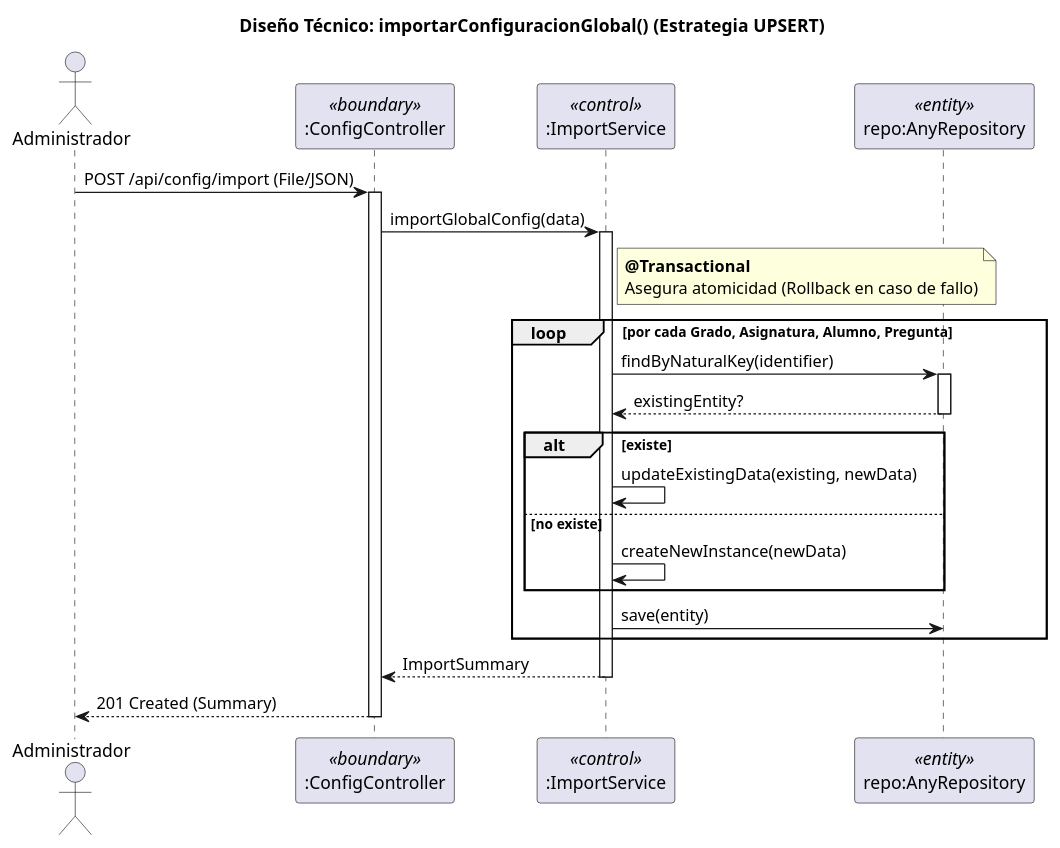
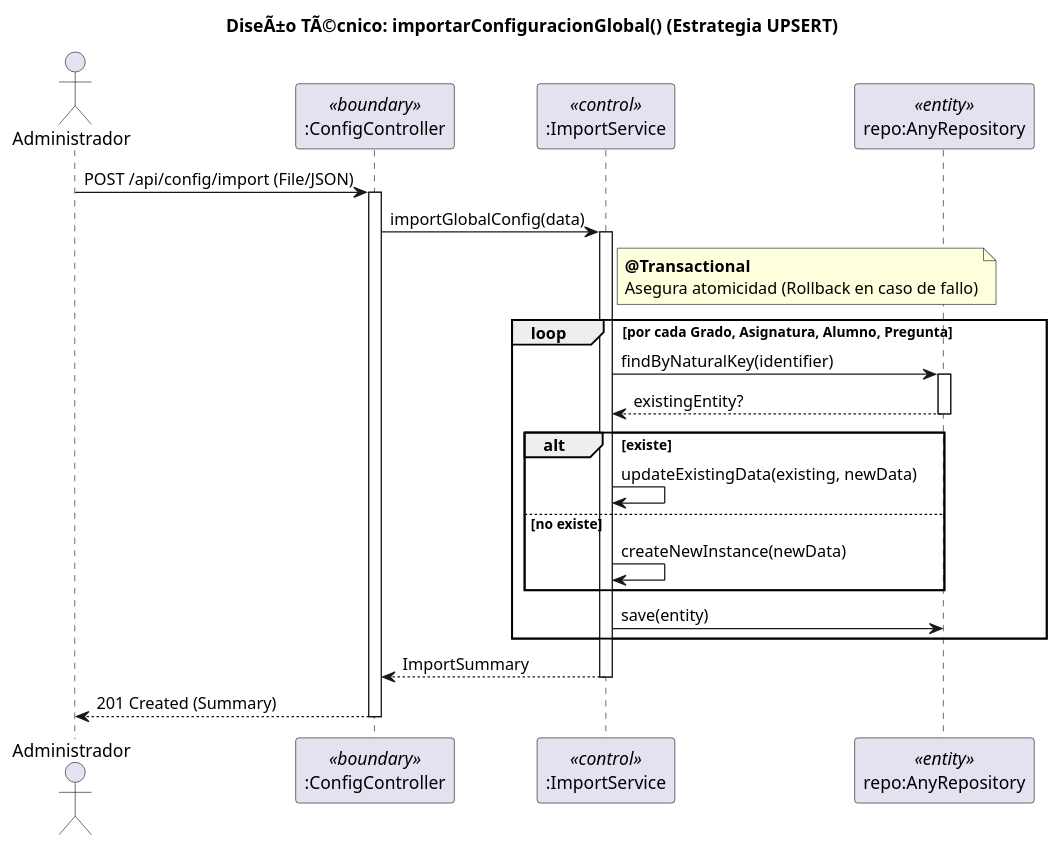
Before and after one commit to liamanderson873/25-26-idsw2-sdVC: the second of 2 diagrams in RUP/01-analisis/casos-uso/CU-03-importarConfiguracionGlobal/README.md, drawn with PlantUML. The commit also changed other lines of this file and 206 other files, not shown here.

````diff
--- a/RUP/01-analisis/casos-uso/CU-03-importarConfiguracionGlobal/README.md
+++ b/RUP/01-analisis/casos-uso/CU-03-importarConfiguracionGlobal/README.md
@@ -108,46 +108,46 @@
 ```plantuml
 @startuml CU-03-importarConfiguracionGlobal-diseno
 
 skinparam linetype polyline
 
 actor "Administrador" as Actor
 participant ":ConfigController" as Controller <<boundary>>
 participant ":ImportService" as Service <<control>>
 participant "repo:AnyRepository" as Repo <<entity>>
 
-title Diseño Técnico: importarConfiguracionGlobal() (Estrategia UPSERT)
+title DiseÃ±o TÃ©cnico: importarConfiguracionGlobal() (Estrategia UPSERT)
 
 Actor -> Controller : POST /api/config/import (File/JSON)
 activate Controller
 
 Controller -> Service : importGlobalConfig(data)
 activate Service
 
 note right of Service
 **@Transactional**
 Asegura atomicidad (Rollback en caso de fallo)
 end note
 
 loop por cada Grado, Asignatura, Alumno, Pregunta
     Service -> Repo : findByNaturalKey(identifier)
     activate Repo
     Repo --> Service : existingEntity?
     deactivate Repo
     
     alt existe
         Service -> Service : updateExistingData(existing, newData)
     else no existe
         Service -> Service : createNewInstance(newData)
     end
     
     Service -> Repo : save(entity)
 end
 
 Service --> Controller : ImportSummary
 deactivate Service
 
 Controller --> Actor : 201 Created (Summary)
 deactivate Controller
 
 @enduml
 ```
````
